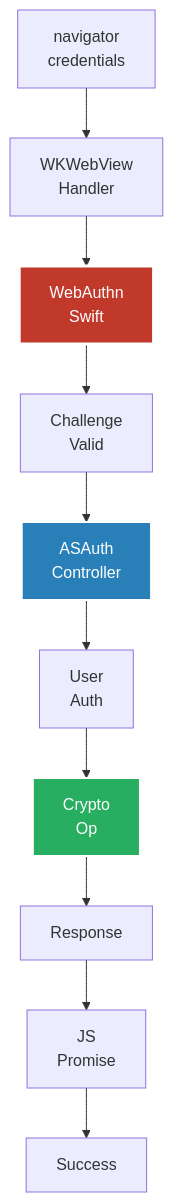
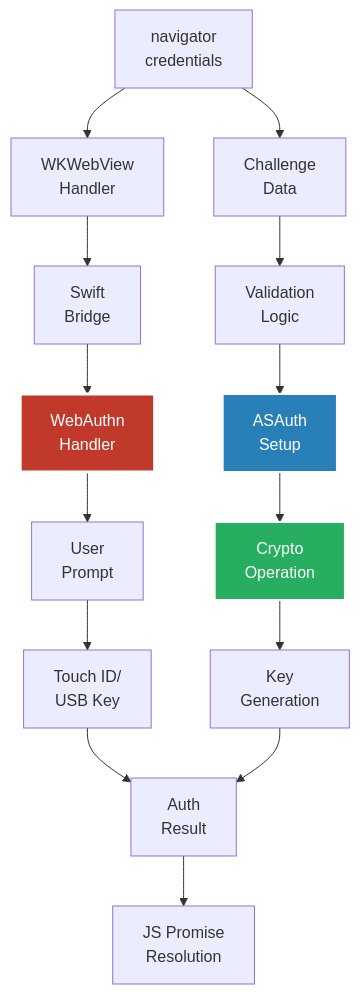
One commit to webauthnai/Web-Man changed the seventh of 7 diagrams in README.md. Above: the diagram before and after it, drawn with Mermaid. The commit also changed other lines of this file and 1 other file, not shown here.

````diff
--- a/README.md
+++ b/README.md
@@ -312,18 +316,25 @@
 ```mermaid
-graph TB
+graph TD
     A[navigator<br/>credentials] --> B[WKWebView<br/>Handler]
-    B --> C[WebAuthn<br/>Swift]
+    A --> C[Challenge<br/>Data]
     
-    C --> D[Challenge<br/>Valid]
-    D --> E[ASAuth<br/>Controller]
-    E --> F[User<br/>Auth]
+    B --> D[Swift<br/>Bridge]
+    C --> E[Validation<br/>Logic]
     
-    F --> G[Crypto<br/>Op]
-    G --> H[Response]
-    H --> I[JS<br/>Promise]
-    I --> J[Success]
+    D --> F[WebAuthn<br/>Handler]
+    E --> G[ASAuth<br/>Setup]
     
-    style C fill:#c0392b,stroke:#fff,stroke-width:3px,color:#fff
-    style E fill:#2980b9,stroke:#fff,stroke-width:2px,color:#fff
-    style G fill:#27ae60,stroke:#fff,stroke-width:2px,color:#fff
+    F --> H[User<br/>Prompt]
+    G --> I[Crypto<br/>Operation]
+    
+    H --> J[Touch ID/<br/>USB Key]
+    I --> K[Key<br/>Generation]
+    
+    J --> L[Auth<br/>Result]
+    K --> L
+    L --> M[JS Promise<br/>Resolution]
+    
+    style F fill:#c0392b,stroke:#fff,stroke-width:3px,color:#fff
+    style G fill:#2980b9,stroke:#fff,stroke-width:2px,color:#fff
+    style I fill:#27ae60,stroke:#fff,stroke-width:2px,color:#fff
 ```
````
